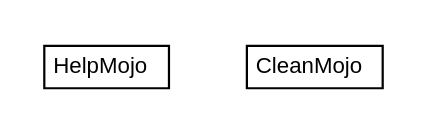
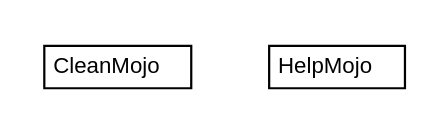
Before and after one commit to trajano/cleanpom-maven-plugin: the diagram in apidocs/net/trajano/mojo/cleanpom/net.trajano.mojo.cleanpom.dot, drawn with Graphviz. The commit also changed 89 other files, not shown here.

```diff
--- a/apidocs/net/trajano/mojo/cleanpom/net.trajano.mojo.cleanpom.dot
+++ b/apidocs/net/trajano/mojo/cleanpom/net.trajano.mojo.cleanpom.dot
@@ -1,24 +1,24 @@
 #!/usr/local/bin/dot
 #
 # Class diagram 
 # Generated by UMLGraph version R5_6-24-gf6e263 (http://www.umlgraph.org/)
 #
 
 digraph G {
-	edge [fontname="arial",fontsize=10,labelfontname="arial",labelfontsize=10];
-	node [fontname="arial",fontsize=10,shape=plaintext];
+	edge [fontname="Helvetica",fontsize=10,labelfontname="Helvetica",labelfontsize=10];
+	node [fontname="Helvetica",fontsize=10,shape=plaintext];
 	nodesep=0.25;
 	ranksep=0.5;
+	// net.trajano.mojo.cleanpom.CleanMojo
+	c0 [label=<<table title="net.trajano.mojo.cleanpom.CleanMojo" border="0" cellborder="1" cellspacing="0" cellpadding="2" port="p" href="./CleanMojo.html">
+		<tr><td><table border="0" cellspacing="0" cellpadding="1">
+<tr><td align="center" balign="center"> CleanMojo </td></tr>
+		</table></td></tr>
+		</table>>, URL="./CleanMojo.html", fontname="Helvetica", fontcolor="black", fontsize=10.0];
 	// net.trajano.mojo.cleanpom.HelpMojo
-	c0 [label=<<table title="net.trajano.mojo.cleanpom.HelpMojo" border="0" cellborder="1" cellspacing="0" cellpadding="2" port="p" href="./HelpMojo.html">
+	c1 [label=<<table title="net.trajano.mojo.cleanpom.HelpMojo" border="0" cellborder="1" cellspacing="0" cellpadding="2" port="p" href="./HelpMojo.html">
 		<tr><td><table border="0" cellspacing="0" cellpadding="1">
 <tr><td align="center" balign="center"> HelpMojo </td></tr>
 		</table></td></tr>
-		</table>>, URL="./HelpMojo.html", fontname="arial", fontcolor="black", fontsize=10.0];
-	// net.trajano.mojo.cleanpom.CleanMojo
-	c1 [label=<<table title="net.trajano.mojo.cleanpom.CleanMojo" border="0" cellborder="1" cellspacing="0" cellpadding="2" port="p" href="./CleanMojo.html">
-		<tr><td><table border="0" cellspacing="0" cellpadding="1">
-<tr><td align="center" balign="center"> CleanMojo </td></tr>
-		</table></td></tr>
-		</table>>, URL="./CleanMojo.html", fontname="arial", fontcolor="black", fontsize=10.0];
+		</table>>, URL="./HelpMojo.html", fontname="Helvetica", fontcolor="black", fontsize=10.0];
 }
```
